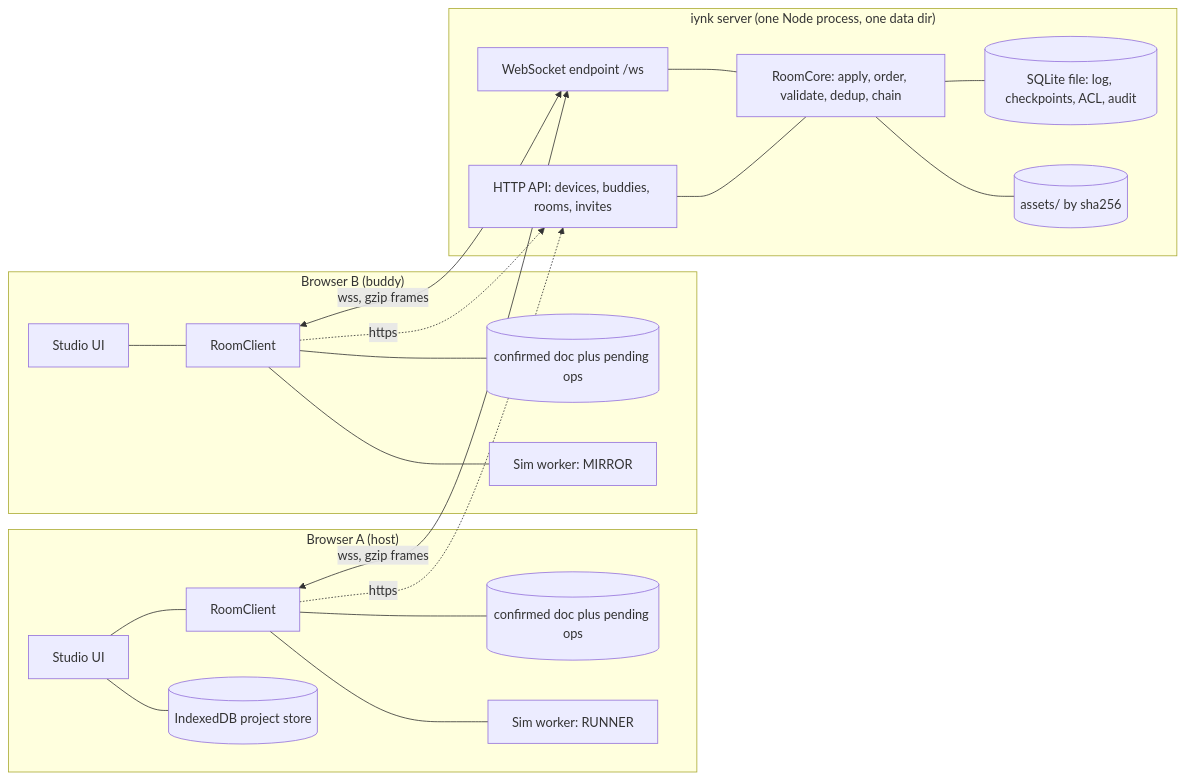
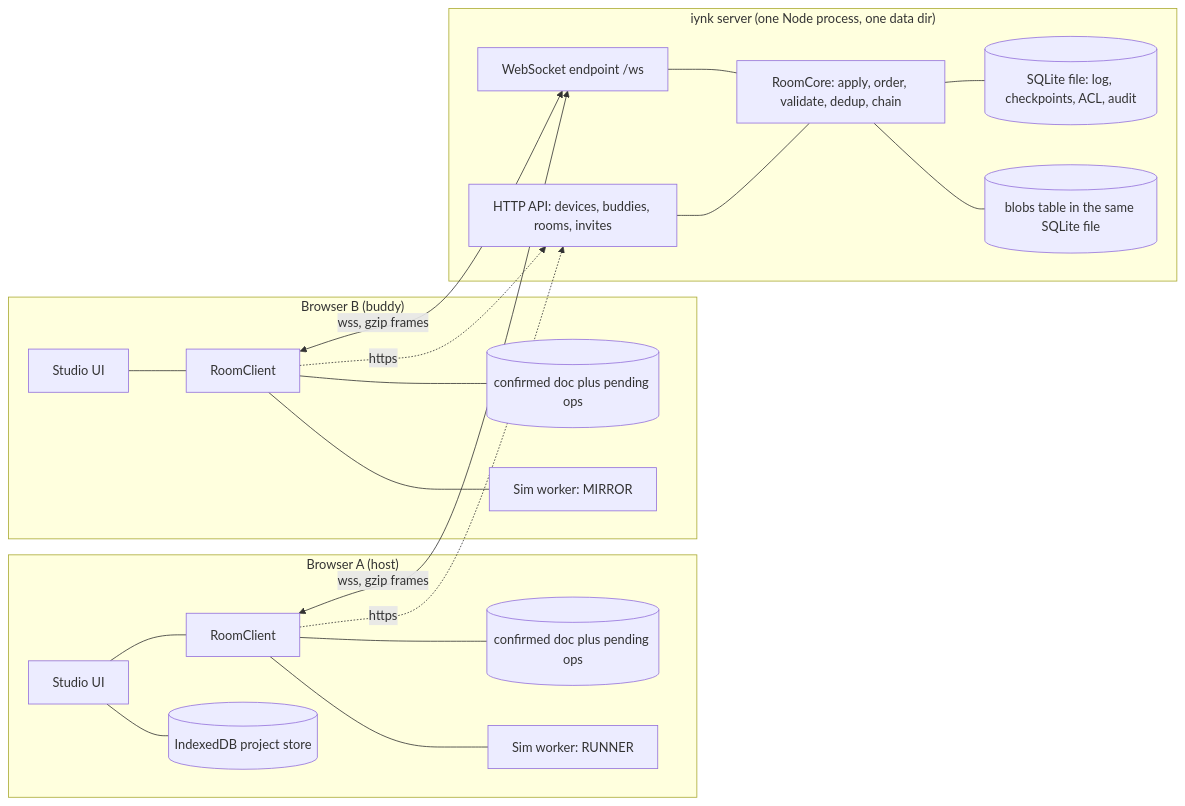
Before and after one commit to kushwahaamar-dev/iynk: the first of 7 diagrams in docs/MASTER_PLAN/04_ARCHITECTURE/REALTIME_ARCHITECTURE.md, drawn with Mermaid. The commit also changed other lines of this file and 104 other files, not shown here.

````diff
--- a/docs/MASTER_PLAN/04_ARCHITECTURE/REALTIME_ARCHITECTURE.md
+++ b/docs/MASTER_PLAN/04_ARCHITECTURE/REALTIME_ARCHITECTURE.md
@@ -60,24 +60,24 @@
 ```mermaid
 flowchart LR
   subgraph B1["Browser A (host)"]
     UI1[Studio UI] --- RC1[RoomClient]
     RC1 --- DOC1[(confirmed doc plus pending ops)]
     RC1 --- SIM1[Sim worker: RUNNER]
     UI1 --- IDB1[(IndexedDB project store)]
   end
   subgraph B2["Browser B (buddy)"]
     UI2[Studio UI] --- RC2[RoomClient]
     RC2 --- DOC2[(confirmed doc plus pending ops)]
     RC2 --- SIM2[Sim worker: MIRROR]
   end
   subgraph S["iynk server (one Node process, one data dir)"]
     WS[WebSocket endpoint /ws] --- CORE[RoomCore: apply, order, validate, dedup, chain]
     HTTP[HTTP API: devices, buddies, rooms, invites] --- CORE
     CORE --- DB[(SQLite file: log, checkpoints, ACL, audit)]
-    CORE --- ASSETS[(assets/ by sha256)]
+    CORE --- BLOBS[(blobs table in the same SQLite file)]
   end
   RC1 <-- wss, gzip frames --> WS
   RC2 <-- wss, gzip frames --> WS
   RC1 -. https .-> HTTP
   RC2 -. https .-> HTTP
 ```
````
